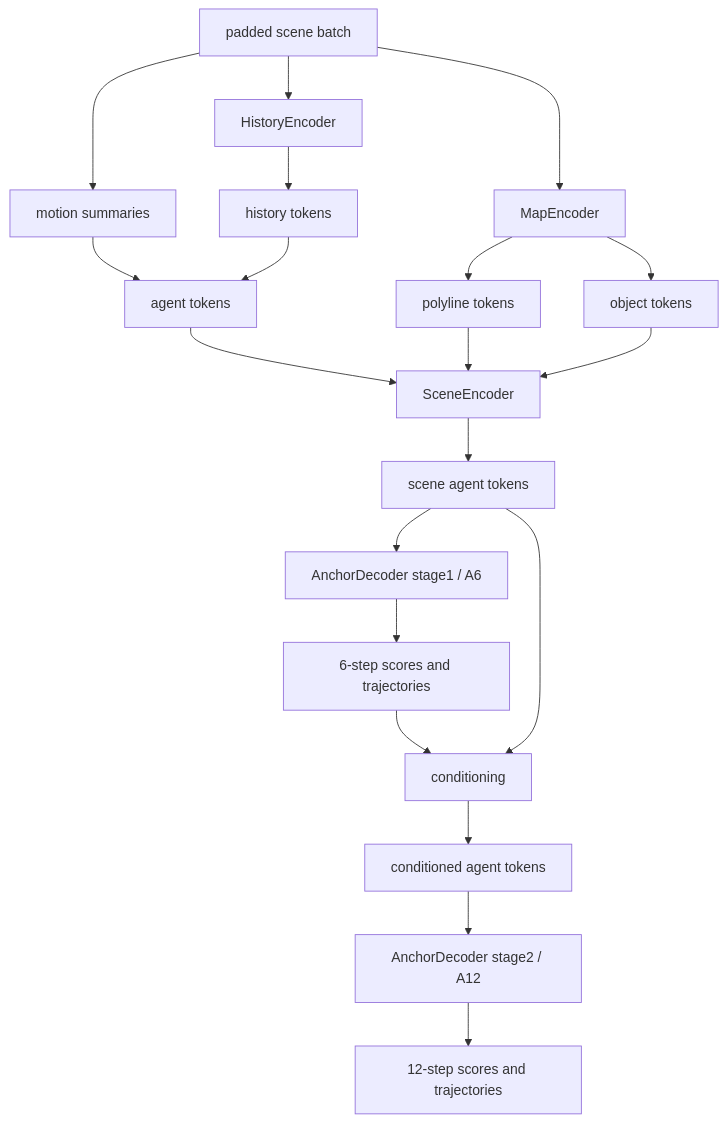
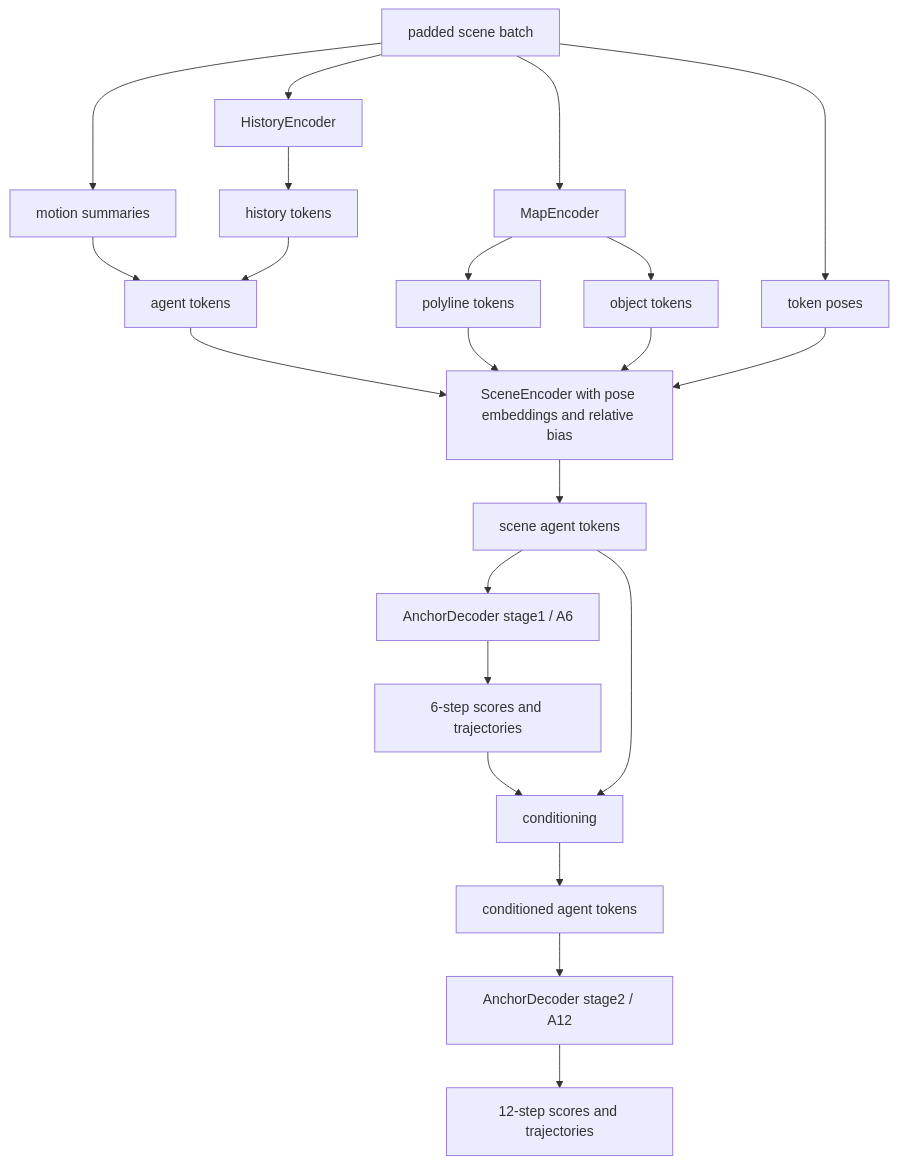
Before and after one commit to alibekula/motion_nuscenes: the second of 2 diagrams in README.md, drawn with Mermaid. The commit also changed other lines of this file and 4 other files, not shown here.

````diff
--- a/README.md
+++ b/README.md
@@ -71,28 +71,30 @@
 ```mermaid
 flowchart TD
     A["padded scene batch"] --> B["HistoryEncoder"]
     A --> C["motion summaries"]
     A --> D["MapEncoder"]
+    A --> Q["token poses"]
 
     B --> E["history tokens"]
     C --> F["agent tokens"]
     E --> F
 
     D --> G["polyline tokens"]
     D --> H["object tokens"]
 
-    F --> I["SceneEncoder"]
+    F --> I["SceneEncoder with pose embeddings and relative bias"]
     G --> I
     H --> I
+    Q --> I
 
     I --> J["scene agent tokens"]
     J --> K["AnchorDecoder stage1 / A6"]
     K --> L["6-step scores and trajectories"]
 
     L --> M["conditioning"]
     J --> M
     M --> N["conditioned agent tokens"]
 
     N --> O["AnchorDecoder stage2 / A12"]
     O --> P["12-step scores and trajectories"]
 ```
````
